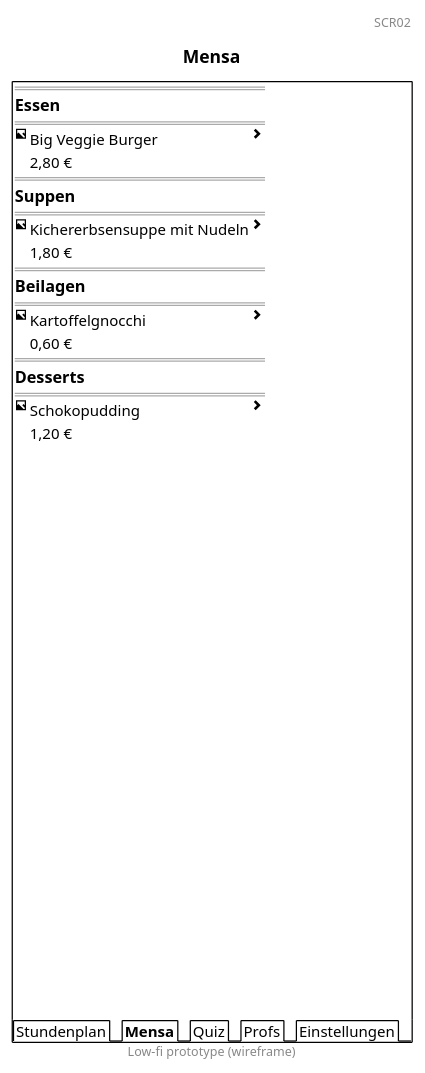
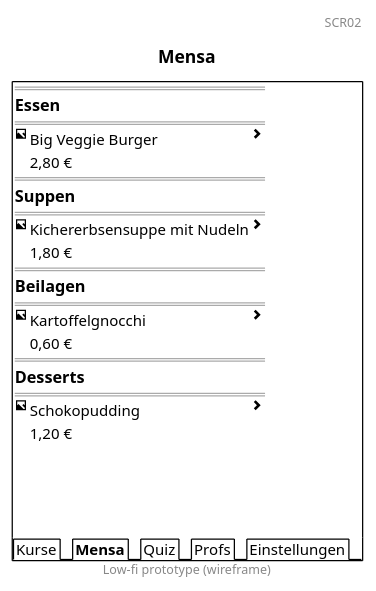
The diagram in scr2.pu (RobinNunkesser/plantuml), drawn with PlantUML before and after one commit. The commit also changed 5 other files, not shown here.

```diff
--- a/scr2.pu
+++ b/scr2.pu
@@ -1,55 +1,34 @@
 @startsalt
 title Mensa
 header SCR02
 footer Low-fi prototype (wireframe)
 {+
 {
     == | * | * 
     === Essen | *
     == | * | *
     <&image> | Big Veggie Burger | <&chevron-right>
     . | 2,80 € | .
     == | * | *
     === Suppen | *
     == | * | *
     <&image> | Kichererbsensuppe mit Nudeln | <&chevron-right>
     . | 1,80 € | .
     == | * | *
     === Beilagen | *
     == | * | *
     <&image> | Kartoffelgnocchi | <&chevron-right>
     . | 0,60 € | .
     == | * | *
     === Desserts | *
     == | * | *
     <&image> | Schokopudding | <&chevron-right>
     . | 1,20 € | .
     .
     .
     .
     .
-    .
-    .
-    .
-    .
-    .
-    .
-    .
-    .
-    .
-    .
-    .
-    .
-    .
-    .
-    .
-    .
-    .
-    .
-    .
-    .
-    .
 }
-{/ Stundenplan | <b>Mensa | Quiz | Profs | Einstellungen }
+{/ Kurse | <b>Mensa | Quiz | Profs | Einstellungen }
 }
 @endsalt
```
